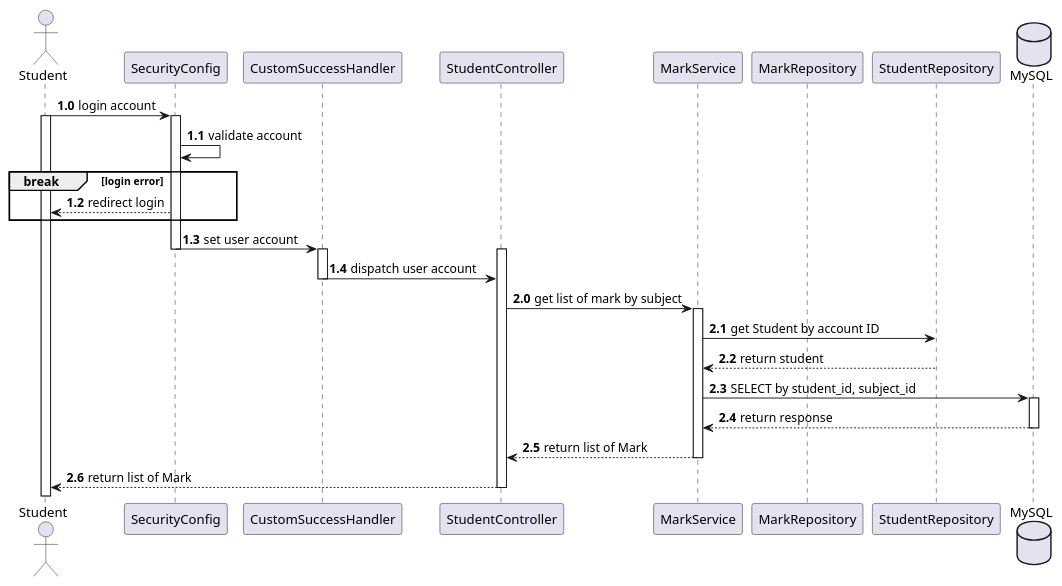
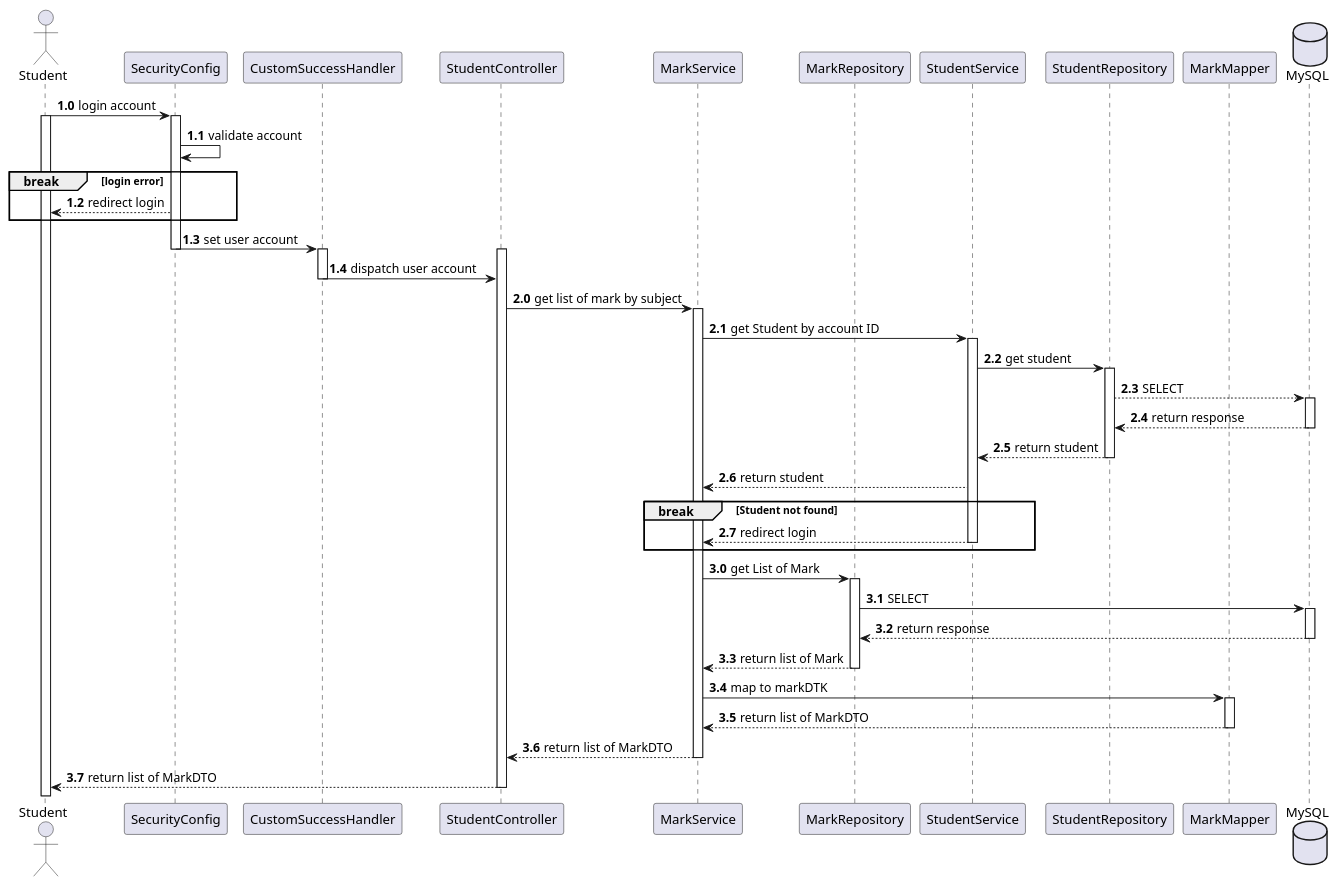
One commit to kientthe163256/student-management-fa22 changed the diagram in uml/student/getMarkBySubject.puml. Above: the diagram before and after it, drawn with PlantUML. The commit also changed 1 other file, not shown here.

Commit message:
edit uml

```diff
--- a/uml/student/getMarkBySubject.puml
+++ b/uml/student/getMarkBySubject.puml
@@ -1,43 +1,67 @@
 @startuml
 'https://plantuml.com/sequence-diagram
 
 Actor Student
 participant SecurityConfig
 participant CustomSuccessHandler
 participant StudentController
 participant MarkService
 participant MarkRepository
+participant StudentService
 participant StudentRepository
+participant MarkMapper
 database MySQL
 
 autonumber 1.0
 Student -> SecurityConfig: login account
 
 activate Student
 activate SecurityConfig
 autonumber 1.1
 SecurityConfig -> SecurityConfig: validate account
 break login error
 SecurityConfig --> Student: redirect login
 end
 SecurityConfig -> CustomSuccessHandler: set user account
 deactivate SecurityConfig
 activate StudentController
 activate CustomSuccessHandler
 CustomSuccessHandler -> StudentController: dispatch user account
 deactivate CustomSuccessHandler
 
 autonumber 2.0
 StudentController -> MarkService: get list of mark by subject
 activate MarkService
-MarkService -> StudentRepository: get Student by account ID
-StudentRepository --> MarkService: return student
-MarkService -> MySQL: SELECT by student_id, subject_id
+MarkService -> StudentService: get Student by account ID
+activate StudentService
+StudentService -> StudentRepository: get student
+activate StudentRepository
+StudentRepository --> MySQL: SELECT
 activate MySQL
-MySQL --> MarkService: return response
+MySQL --> StudentRepository: return response
 deactivate MySQL
-MarkService --> StudentController: return list of Mark
+StudentRepository --> StudentService: return student
+deactivate StudentRepository
+StudentService --> MarkService: return student
+break Student not found
+StudentService --> MarkService: redirect login
+deactivate StudentService
+end
+autonumber 3.0
+MarkService -> MarkRepository: get List of Mark
+activate MarkRepository
+MarkRepository -> MySQL: SELECT
+activate MySQL
+MySQL --> MarkRepository: return response
+deactivate MySQL
+MarkRepository --> MarkService: return list of Mark
+deactivate MarkRepository
+MarkService -> MarkMapper: map to markDTK
+activate MarkMapper
+MarkMapper --> MarkService: return list of MarkDTO
+deactivate MarkMapper
+MarkService --> StudentController: return list of MarkDTO
 deactivate MarkService
-StudentController --> Student: return list of Mark
+StudentController --> Student: return list of MarkDTO
 deactivate StudentController
 @enduml
```
